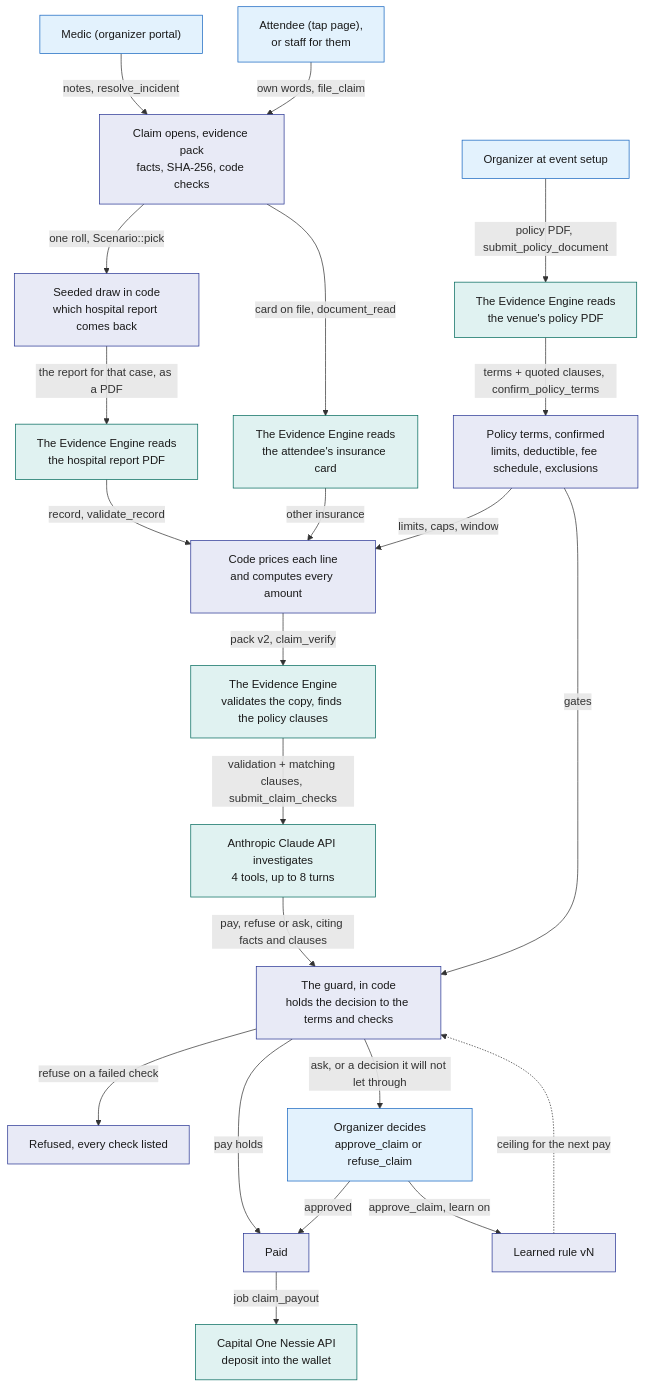
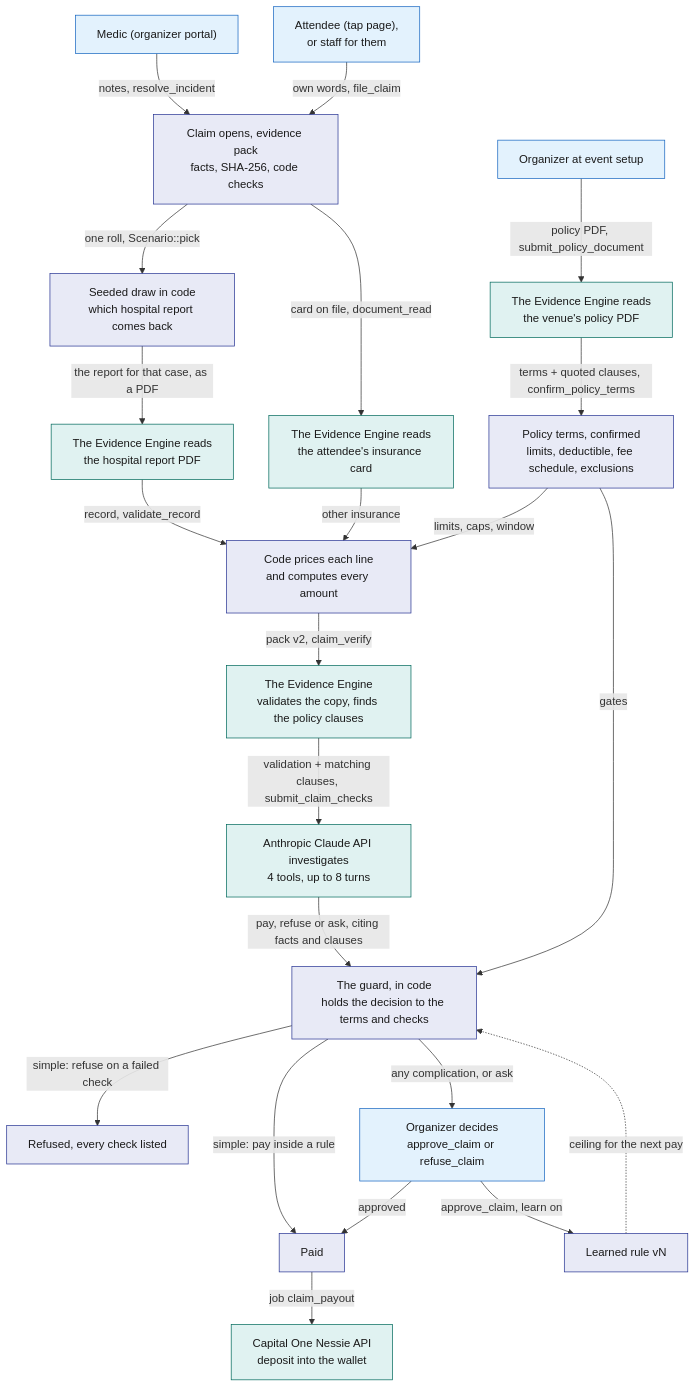
Before and after one commit to viktorinkov/cal-hacks-13: the first of 5 diagrams in System Design/6-features/Insurance.md, drawn with Mermaid. The commit also changed other lines of this file and 4 other files, not shown here.

````diff
--- a/System Design/6-features/Insurance.md
+++ b/System Design/6-features/Insurance.md
@@ -19,47 +19,47 @@
 ```mermaid
 flowchart TB
   classDef stdb fill:#E8EAF6,stroke:#283593,color:#1A1A1A
   classDef web fill:#E3F2FD,stroke:#1565C0,color:#1A1A1A
   classDef ext fill:#E0F2F1,stroke:#00695C,color:#1A1A1A
 
   Org0["Organizer at event setup"]:::web
   VP["The Evidence Engine reads<br/>the venue's policy PDF"]:::ext
   Terms["Policy terms, confirmed<br/>limits, deductible, fee schedule, exclusions"]:::stdb
   Medic["Medic (organizer portal)"]:::web
   Att["Attendee (tap page),<br/>or staff for them"]:::web
   Open["Claim opens, evidence pack<br/>facts, SHA-256, code checks"]:::stdb
   Draw["Seeded draw in code<br/>which hospital report comes back"]:::stdb
   HR["The Evidence Engine reads<br/>the hospital report PDF"]:::ext
   Card["The Evidence Engine reads<br/>the attendee's insurance card"]:::ext
   Price["Code prices each line<br/>and computes every amount"]:::stdb
   EE["The Evidence Engine<br/>validates the copy, finds the policy clauses"]:::ext
   Claude["Anthropic Claude API investigates<br/>4 tools, up to 8 turns"]:::ext
   Guard["The guard, in code<br/>holds the decision to the terms and checks"]:::stdb
   Paid["Paid"]:::stdb
   Ref["Refused, every check listed"]:::stdb
   Org["Organizer decides<br/>approve_claim or refuse_claim"]:::web
   Rule["Learned rule vN"]:::stdb
   Pay["Capital One Nessie API<br/>deposit into the wallet"]:::ext
 
   Org0 -->|"policy PDF, submit_policy_document"| VP
   VP -->|"terms + quoted clauses, confirm_policy_terms"| Terms
   Medic -->|"notes, resolve_incident"| Open
   Att -->|"own words, file_claim"| Open
   Open -->|"one roll, Scenario::pick"| Draw
   Draw -->|"the report for that case, as a PDF"| HR
   Open -->|"card on file, document_read"| Card
   HR -->|"record, validate_record"| Price
   Card -->|"other insurance"| Price
   Terms -->|"limits, caps, window"| Price
   Price -->|"pack v2, claim_verify"| EE
   EE -->|"validation + matching clauses, submit_claim_checks"| Claude
   Claude -->|"pay, refuse or ask, citing facts and clauses"| Guard
   Terms -->|"gates"| Guard
-  Guard -->|"pay holds"| Paid
-  Guard -->|"refuse on a failed check"| Ref
-  Guard -->|"ask, or a decision it will not let through"| Org
+  Guard -->|"simple: pay inside a rule"| Paid
+  Guard -->|"simple: refuse on a failed check"| Ref
+  Guard -->|"any complication, or ask"| Org
   Org -->|"approve_claim, learn on"| Rule
   Rule -.->|"ceiling for the next pay"| Guard
   Org -->|"approved"| Paid
   Paid -->|"job claim_payout"| Pay
 ```
````
